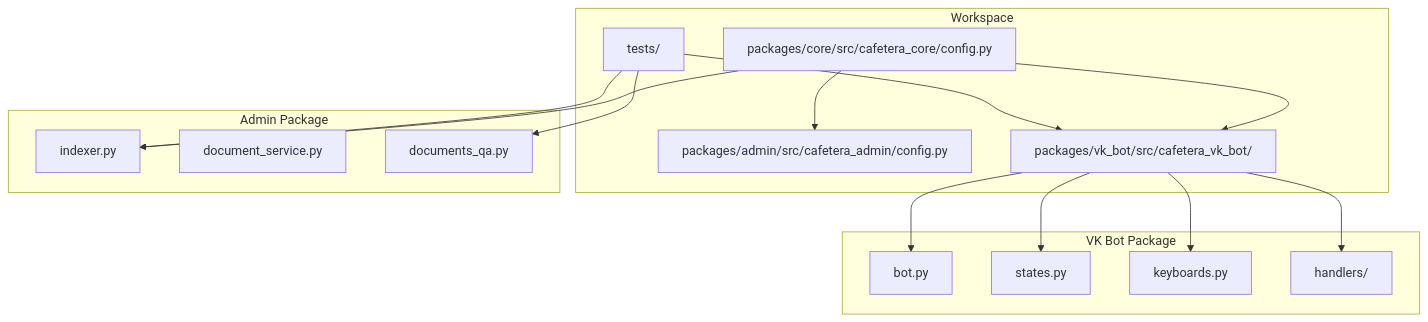
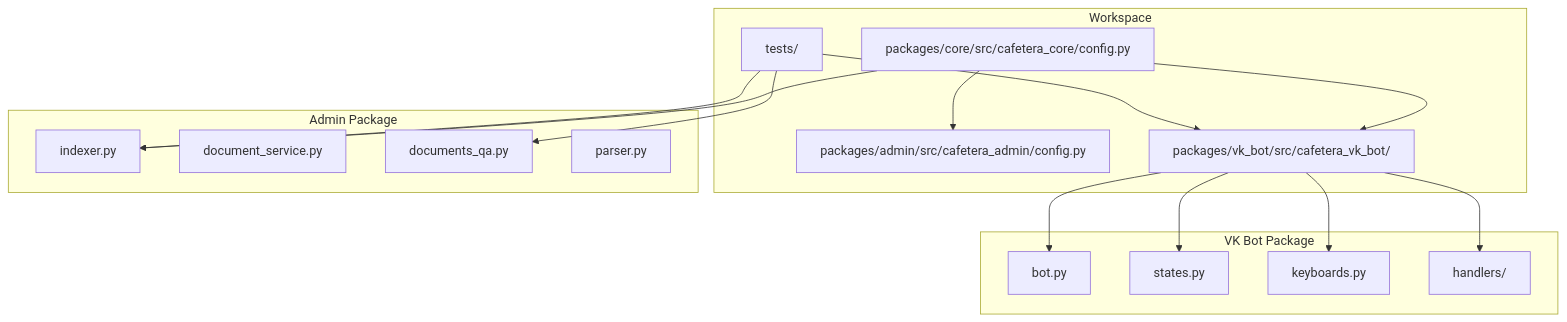
The first of 19 diagrams in .qoder/repowiki/en/content/Document Management System.md (ognelis/cafetera_hr_bot), drawn with Mermaid before and after one commit. The commit also changed other lines of this file and 69 other files, not shown here.

````diff
--- a/.qoder/repowiki/en/content/Document Management System.md
+++ b/.qoder/repowiki/en/content/Document Management System.md
@@ -65,30 +69,31 @@
 ```mermaid
 graph TB
 subgraph "Workspace"
 CORE["packages/core/src/cafetera_core/config.py"]
 ADMIN["packages/admin/src/cafetera_admin/config.py"]
 VKBOT["packages/vk_bot/src/cafetera_vk_bot/"]
 TESTS["tests/"]
 end
 subgraph "VK Bot Package"
 BOT["bot.py"]
 STATES["states.py"]
 KEYBOARDS["keyboards.py"]
 HANDLERS["handlers/"]
 end
 subgraph "Admin Package"
 INDEXER["indexer.py"]
 DOC_SERVICE["document_service.py"]
 QA_API["documents_qa.py"]
+PARSER["parser.py"]
 end
 CORE --> ADMIN
 CORE --> VKBOT
 CORE --> INDEXER
 VKBOT --> BOT
 VKBOT --> STATES
 VKBOT --> KEYBOARDS
 VKBOT --> HANDLERS
 TESTS --> VKBOT
 TESTS --> INDEXER
 TESTS --> QA_API
 ```
````
